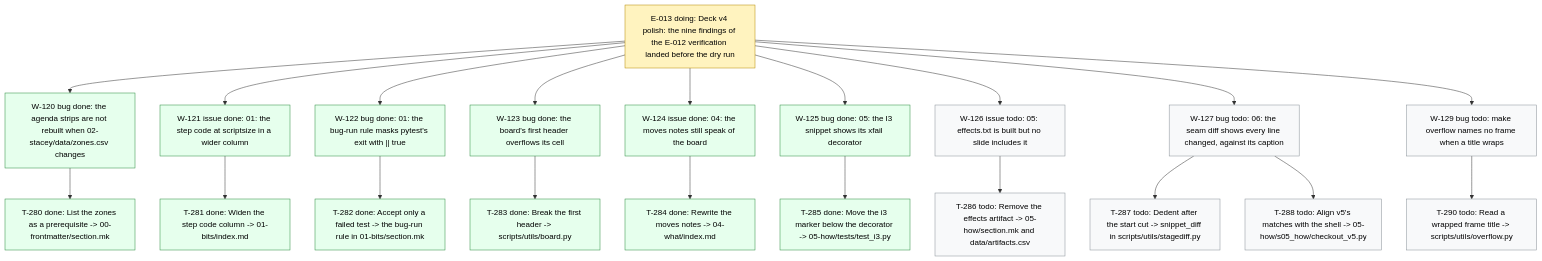
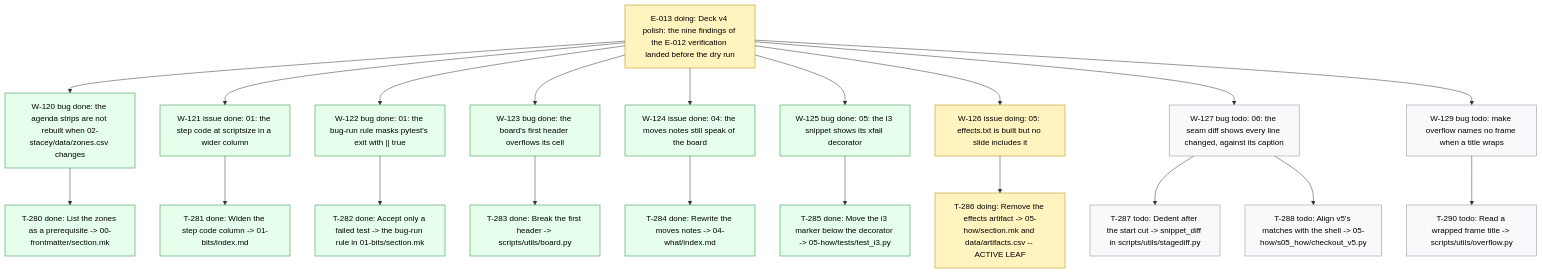
The diagram in .board/BOARD.md (dpopchev/chaos-to-simple), drawn with Mermaid before and after one commit. The commit also changed other lines of this file and 2 other files, not shown here.

Commit message:
chore(board): activate W-126, start T-286
Refs: W-126 T-286

````diff
--- a/.board/BOARD.md
+++ b/.board/BOARD.md
@@ -729,31 +729,31 @@
 ```mermaid
 flowchart TD
   E013["E-013 doing: Deck v4 polish: the nine findings of the E-012 verification landed before the dry run"]
   E013 --> W120["W-120 bug done: the agenda strips are not rebuilt when 02-stacey/data/zones.csv changes"]
   W120 --> T280["T-280 done: List the zones as a prerequisite -> 00-frontmatter/section.mk"]
   E013 --> W121["W-121 issue done: 01: the step code at scriptsize in a wider column"]
   W121 --> T281["T-281 done: Widen the step code column -> 01-bits/index.md"]
   E013 --> W122["W-122 bug done: 01: the bug-run rule masks pytest's exit with || true"]
   W122 --> T282["T-282 done: Accept only a failed test -> the bug-run rule in 01-bits/section.mk"]
   E013 --> W123["W-123 bug done: the board's first header overflows its cell"]
   W123 --> T283["T-283 done: Break the first header -> scripts/utils/board.py"]
   E013 --> W124["W-124 issue done: 04: the moves notes still speak of the board"]
   W124 --> T284["T-284 done: Rewrite the moves notes -> 04-what/index.md"]
   E013 --> W125["W-125 bug done: 05: the I3 snippet shows its xfail decorator"]
   W125 --> T285["T-285 done: Move the i3 marker below the decorator -> 05-how/tests/test_i3.py"]
-  E013 --> W126["W-126 issue todo: 05: effects.txt is built but no slide includes it"]
-  W126 --> T286["T-286 todo: Remove the effects artifact -> 05-how/section.mk and data/artifacts.csv"]
+  E013 --> W126["W-126 issue doing: 05: effects.txt is built but no slide includes it"]
+  W126 --> T286["T-286 doing: Remove the effects artifact -> 05-how/section.mk and data/artifacts.csv -- ACTIVE LEAF"]
   E013 --> W127["W-127 bug todo: 06: the seam diff shows every line changed, against its caption"]
   W127 --> T287["T-287 todo: Dedent after the start cut -> snippet_diff in scripts/utils/stagediff.py"]
   W127 --> T288["T-288 todo: Align v5's matches with the shell -> 05-how/s05_how/checkout_v5.py"]
   E013 --> W129["W-129 bug todo: make overflow names no frame when a title wraps"]
   W129 --> T290["T-290 todo: Read a wrapped frame title -> scripts/utils/overflow.py"]
   classDef doing fill:#fff3bf,stroke:#b58900,color:#000;
   classDef blocked fill:#ffe3e3,stroke:#c92a2a,color:#000;
   classDef done fill:#e6ffed,stroke:#2b8a3e,color:#000;
   classDef todo fill:#f8f9fa,stroke:#868e96,color:#000;
   classDef pruned fill:#f1f3f5,stroke:#adb5bd,color:#000;
-  class E013 doing
+  class E013,W126,T286 doing
   class W120,T280,W121,T281,W122,T282,W123,T283,W124,T284,W125,T285 done
-  class W126,T286,W127,T287,T288,W129,T290 todo
+  class W127,T287,T288,W129,T290 todo
 ```
````
